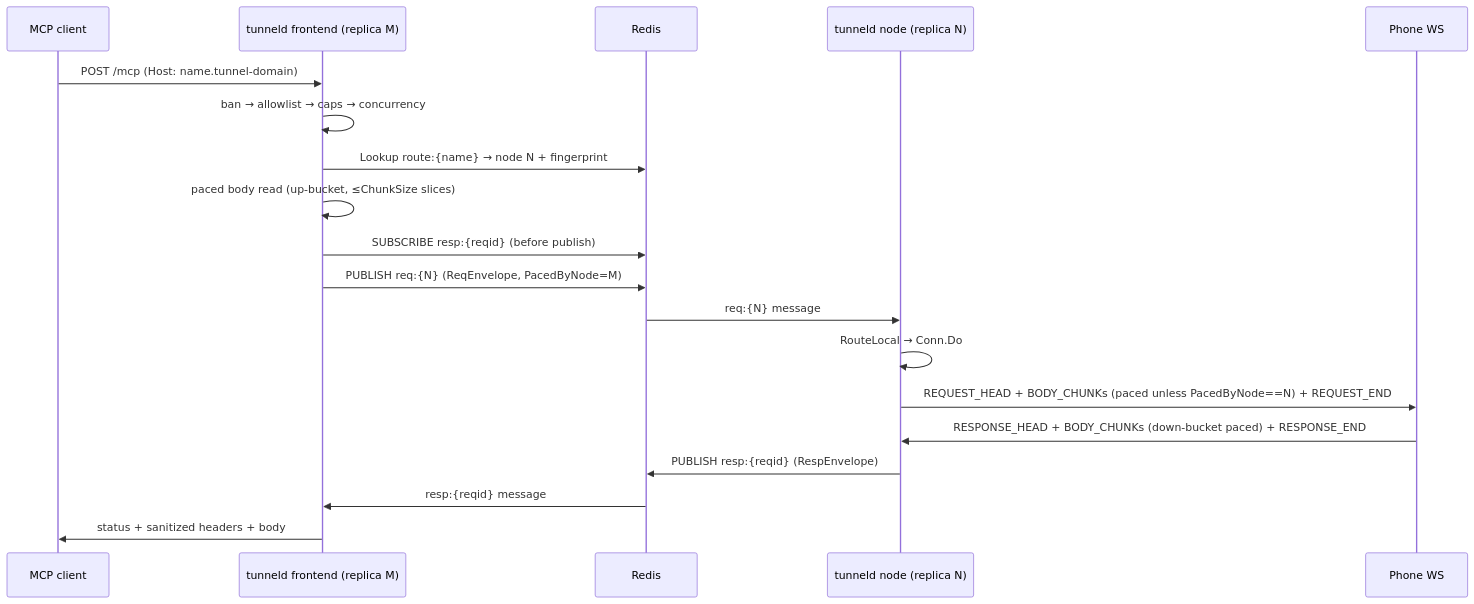
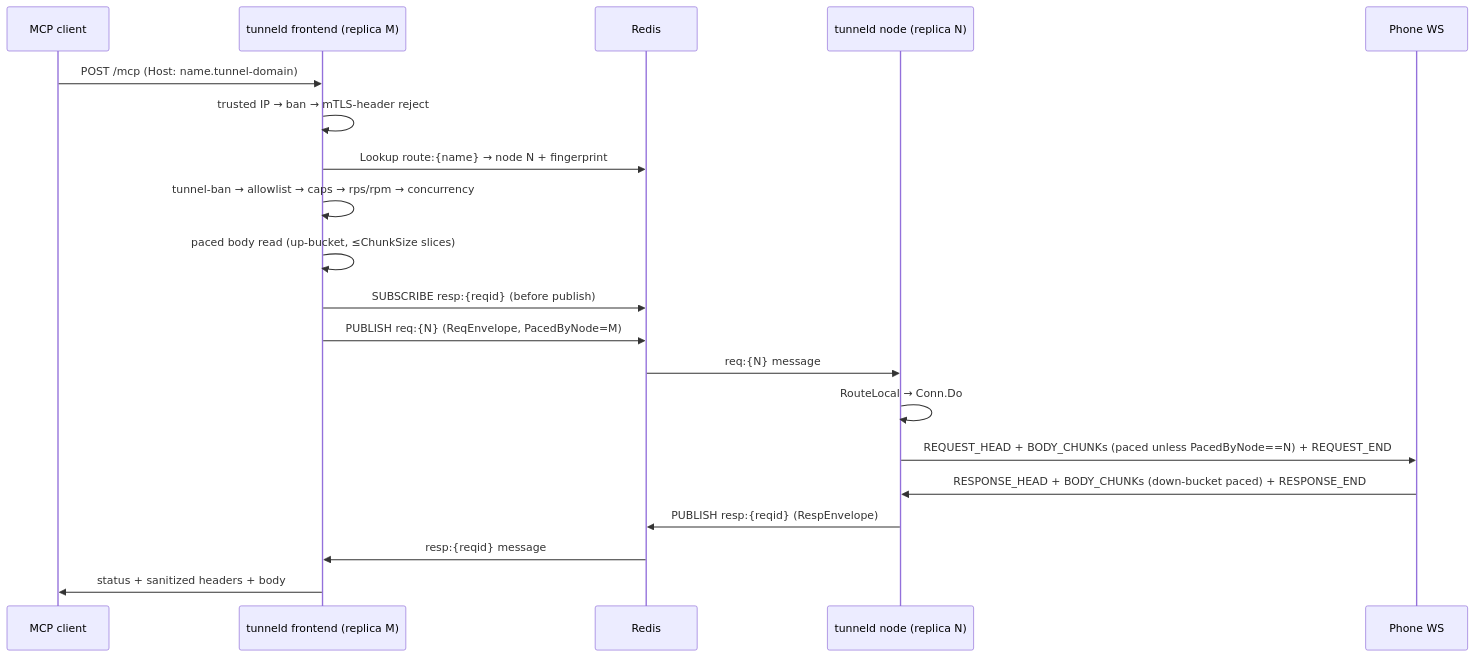
One commit to danielealbano/android-remote-control-mcp-tunneld changed the second of 4 diagrams in docs/ARCHITECTURE.md. Above: the diagram before and after it, drawn with Mermaid. The commit also changed other lines of this file and 4 other files, not shown here.

Commit message:
docs: quickstart/image-tag fixes, §2 diagram order, reason-writer table, semaphore-first /connect; record plan 1 deviations

````diff
--- a/docs/ARCHITECTURE.md
+++ b/docs/ARCHITECTURE.md
@@ -92,22 +92,23 @@
 ```mermaid
 sequenceDiagram
   participant C as MCP client
   participant FE as tunneld frontend (replica M)
   participant R as Redis
   participant NO as tunneld node (replica N)
   participant PH as Phone WS
 
   C->>FE: POST /mcp (Host: name.tunnel-domain)
-  FE->>FE: ban → allowlist → caps → concurrency
+  FE->>FE: trusted IP → ban → mTLS-header reject
   FE->>R: Lookup route:{name} → node N + fingerprint
+  FE->>FE: tunnel-ban → allowlist → caps → rps/rpm → concurrency
   FE->>FE: paced body read (up-bucket, ≤ChunkSize slices)
   FE->>R: SUBSCRIBE resp:{reqid} (before publish)
   FE->>R: PUBLISH req:{N} (ReqEnvelope, PacedByNode=M)
   R->>NO: req:{N} message
   NO->>NO: RouteLocal → Conn.Do
   NO->>PH: REQUEST_HEAD + BODY_CHUNKs (paced unless PacedByNode==N) + REQUEST_END
   PH->>NO: RESPONSE_HEAD + BODY_CHUNKs (down-bucket paced) + RESPONSE_END
   NO->>R: PUBLISH resp:{reqid} (RespEnvelope)
   R->>FE: resp:{reqid} message
   FE->>C: status + sanitized headers + body
 ```
````
